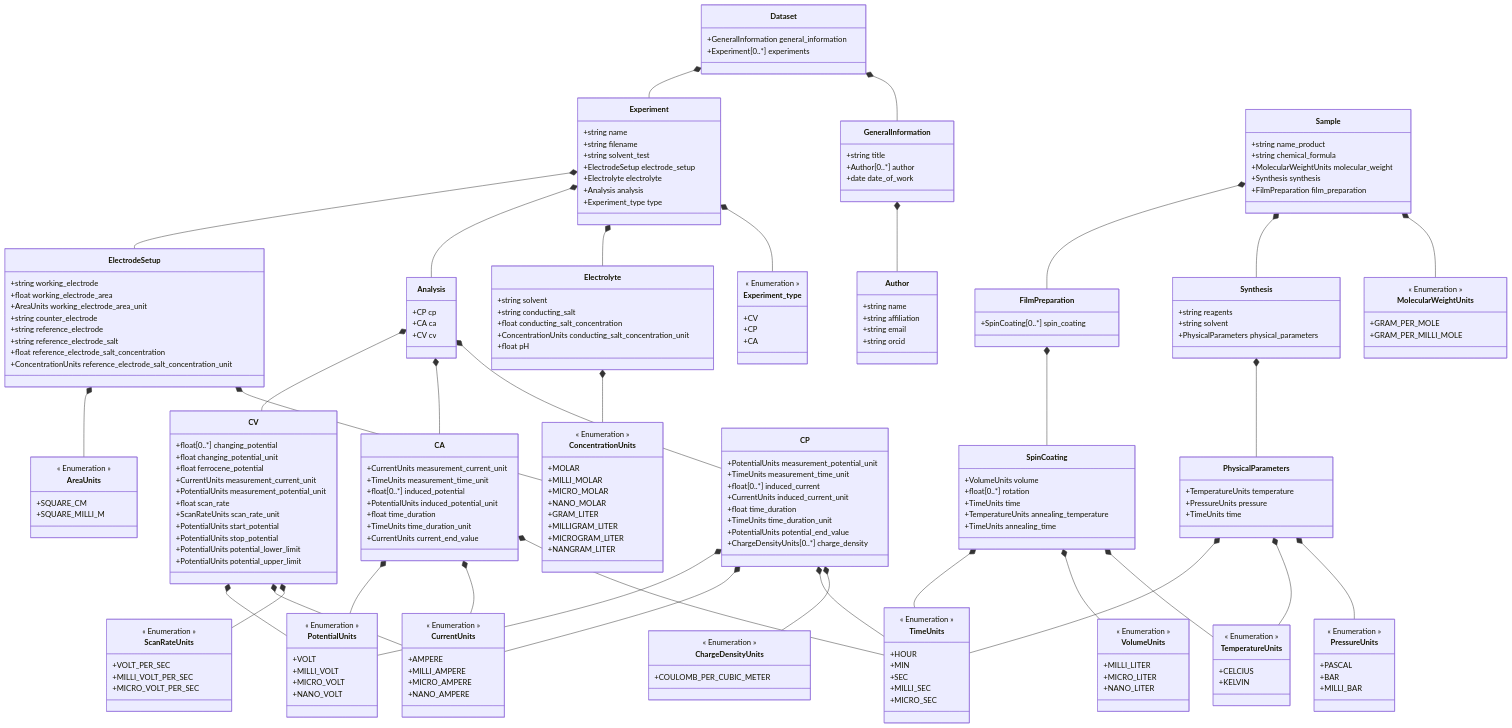
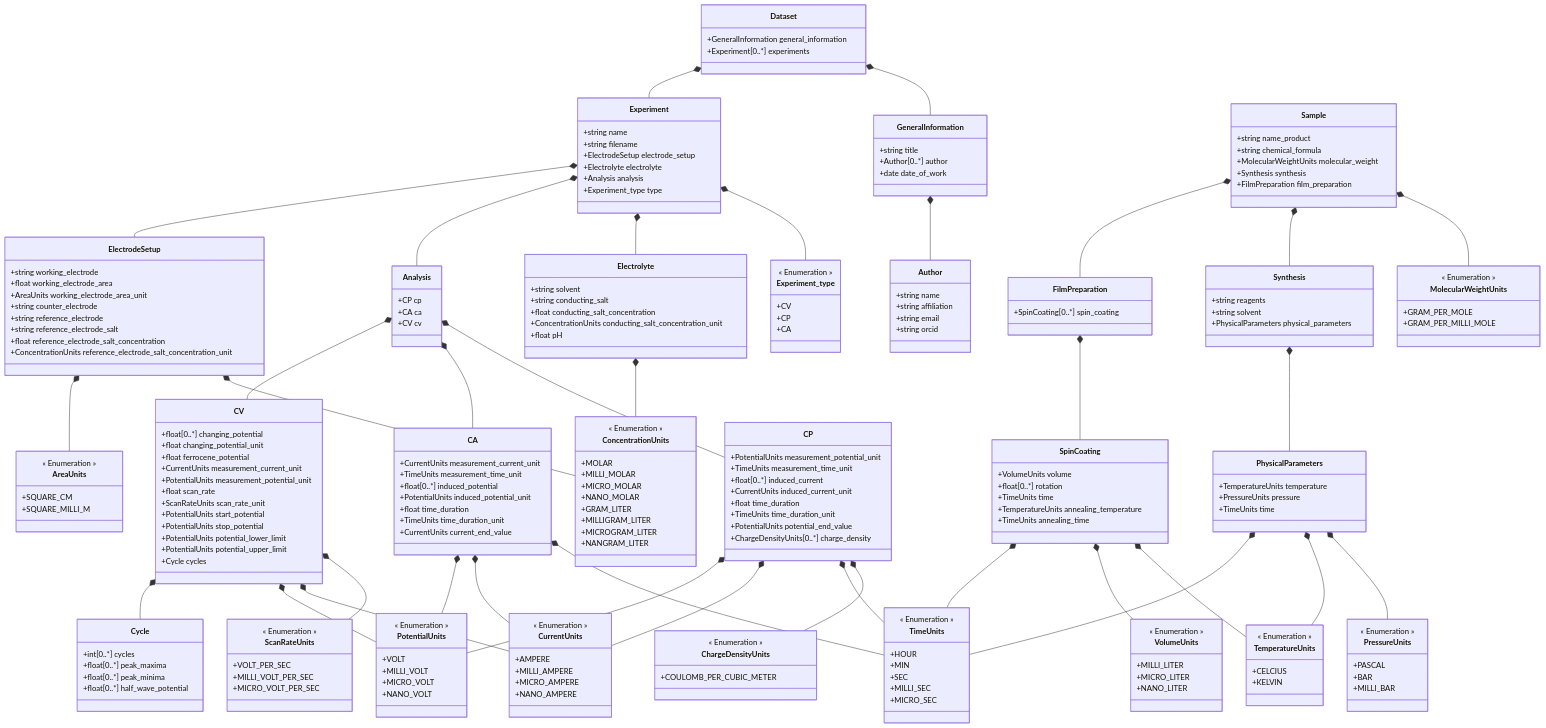
The diagram in ElectrochemistryDataModel/schemes/electrochemistrydatamodel_schema.md (FAIRChemistry/datamodel-electrochemistry), drawn with Mermaid before and after one commit. The commit also changed 18 other files, not shown here.

```diff
--- a/ElectrochemistryDataModel/schemes/electrochemistrydatamodel_schema.md
+++ b/ElectrochemistryDataModel/schemes/electrochemistrydatamodel_schema.md
@@ -32,6 +32,7 @@
     CV *-- ScanRateUnits
     CV *-- CurrentUnits
     CV *-- PotentialUnits
+    CV *-- Cycle
     ElectrodeSetup *-- ConcentrationUnits
     ElectrodeSetup *-- AreaUnits
     
@@ -49,7 +50,6 @@
     class Experiment {
         +string name
         +string filename
-        +string solvent_test
         +ElectrodeSetup electrode_setup
         +Electrolyte electrolyte
         +Analysis analysis
@@ -135,6 +135,14 @@
         +PotentialUnits stop_potential
         +PotentialUnits potential_lower_limit
         +PotentialUnits potential_upper_limit
+        +Cycle cycles
+    }
+    
+    class Cycle {
+        +int[0..*] cycles
+        +float[0..*] peak_maxima
+        +float[0..*] peak_minima
+        +float[0..*] half_wave_potential
     }
     
     class ElectrodeSetup {
```
